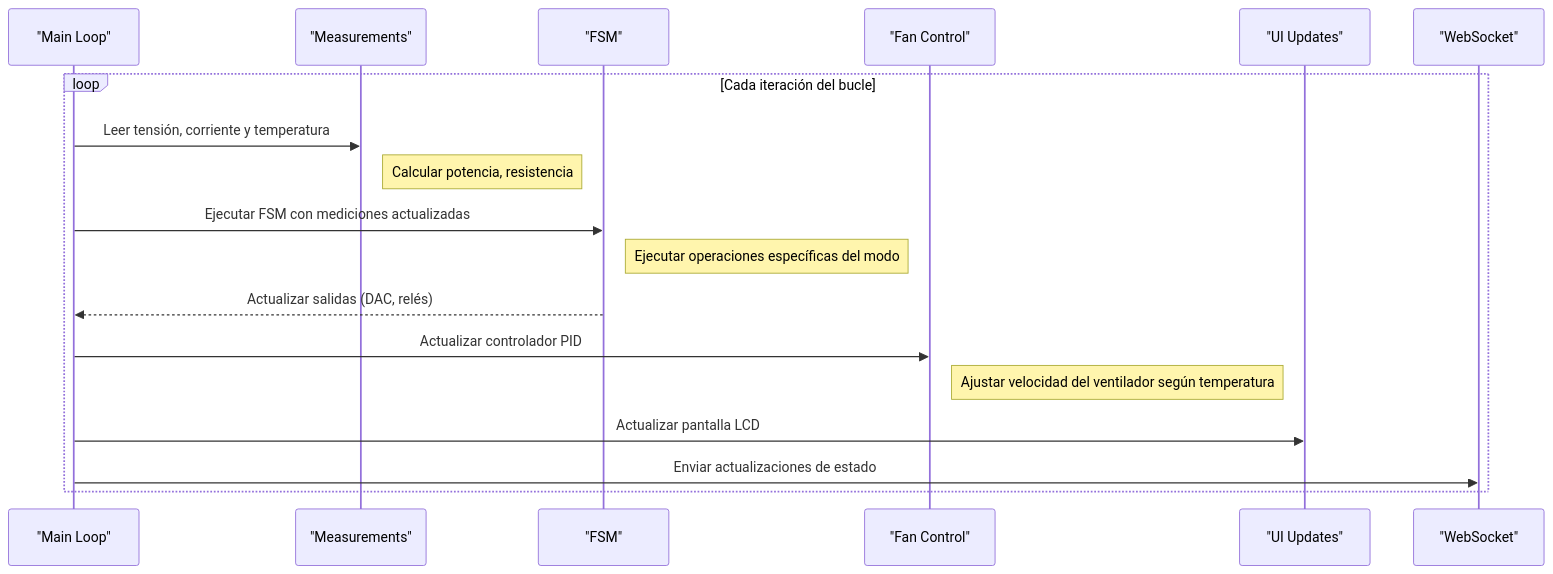
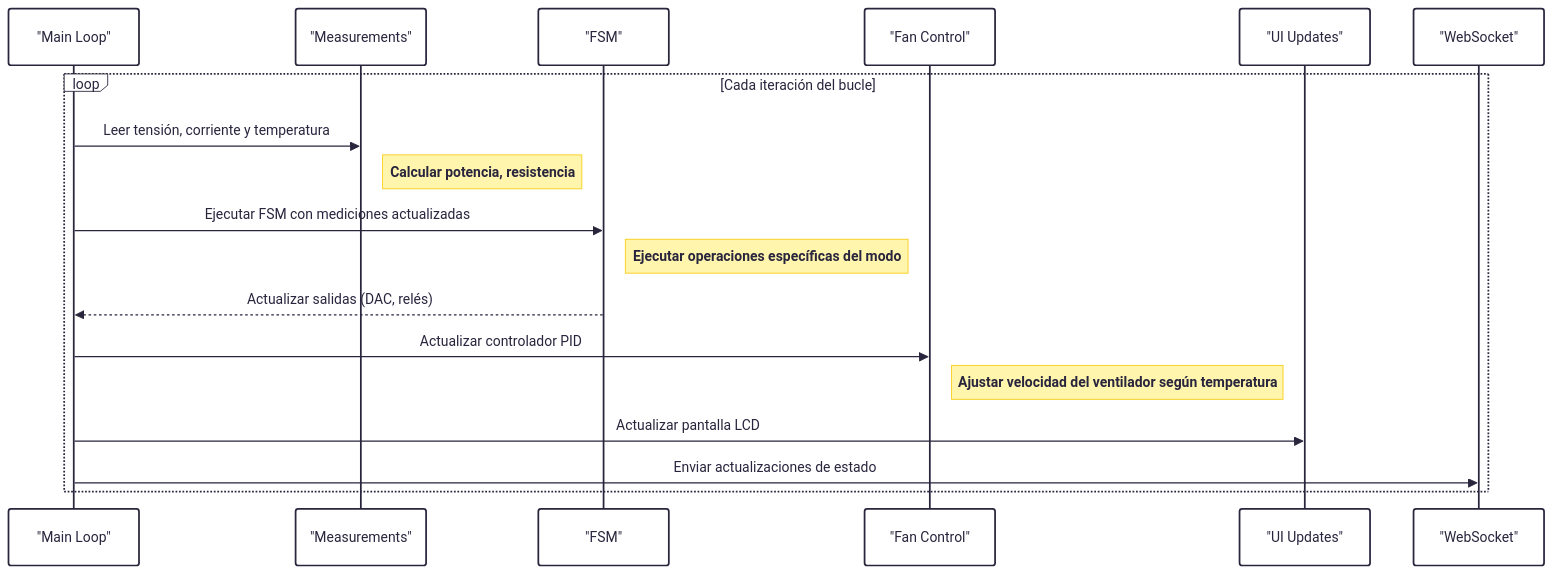
One commit to lucas-vidmar/electronic-load changed the third of 3 diagrams in docs/index.md. Above: the diagram before and after it, drawn with Mermaid. The commit also changed other lines of this file, not shown here.

```diff
--- a/docs/index.md
+++ b/docs/index.md
@@ -105,20 +109,25 @@
 <div class="mermaid">
+---
+config:
+  theme: redux
+  layout: elk
+---
 sequenceDiagram
     participant Main as "Main Loop"
     participant Meas as "Measurements"
     participant FSM as "FSM"
     participant Fan as "Fan Control"
     participant UI as "UI Updates"
     participant WS as "WebSocket"
     loop Cada iteración del bucle
         Main->>Meas: Leer tensión, corriente y temperatura
         Note right of Meas: Calcular potencia, resistencia
         Main->>FSM: Ejecutar FSM con mediciones actualizadas
         Note right of FSM: Ejecutar operaciones específicas del modo
         FSM-->>Main: Actualizar salidas (DAC, relés)
         Main->>Fan: Actualizar controlador PID
         Note right of Fan: Ajustar velocidad del ventilador según temperatura
         Main->>UI: Actualizar pantalla LCD
         Main->>WS: Enviar actualizaciones de estado
     end
 </div>
```
